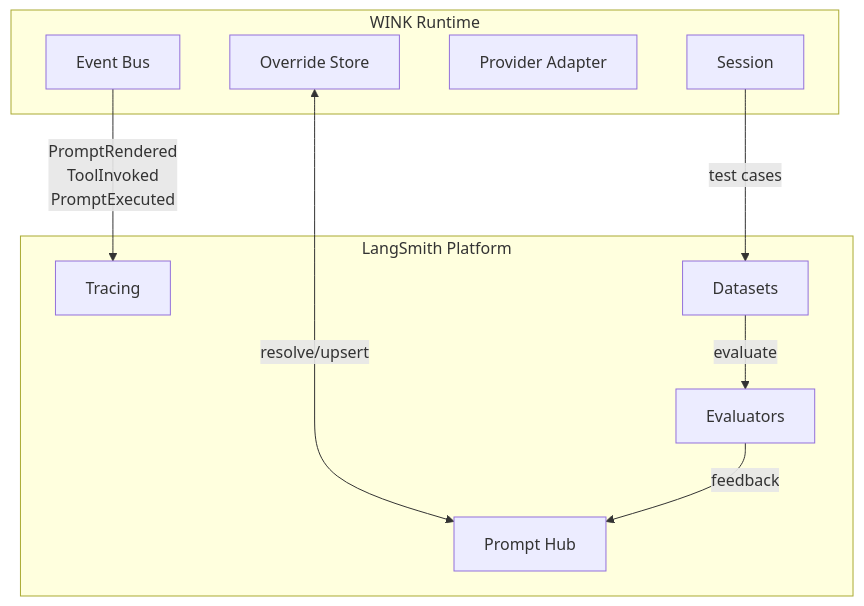
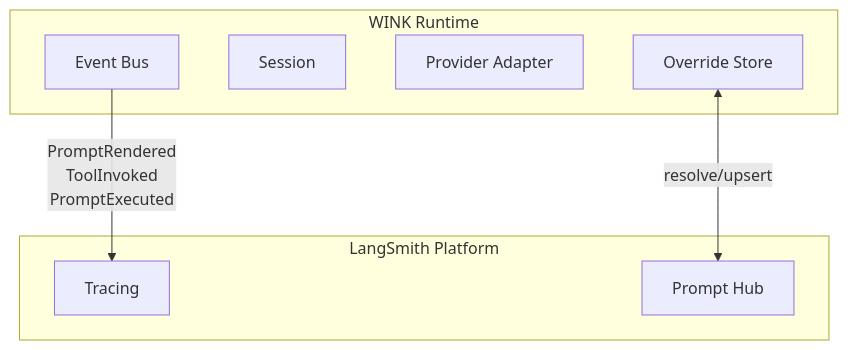
Before and after one commit to weakincentives/weakincentives: the second of 6 diagrams in specs/LANGSMITH.md, drawn with Mermaid. The commit also changed other lines of this file, not shown here.

````diff
--- a/specs/LANGSMITH.md
+++ b/specs/LANGSMITH.md
@@ -138,22 +135,17 @@
 ```mermaid
 flowchart TB
     subgraph WINK["WINK Runtime"]
         EventBus["Event Bus"]
         Session["Session"]
         Adapter["Provider Adapter"]
         OverrideStore["Override Store"]
     end
 
     subgraph LangSmith["LangSmith Platform"]
         Tracing["Tracing"]
         Hub["Prompt Hub"]
-        Datasets["Datasets"]
-        Evaluators["Evaluators"]
     end
 
     EventBus -->|PromptRendered<br/>ToolInvoked<br/>PromptExecuted| Tracing
     OverrideStore <-->|resolve/upsert| Hub
-    Session -->|test cases| Datasets
-    Datasets -->|evaluate| Evaluators
-    Evaluators -->|feedback| Hub
 ```
````
